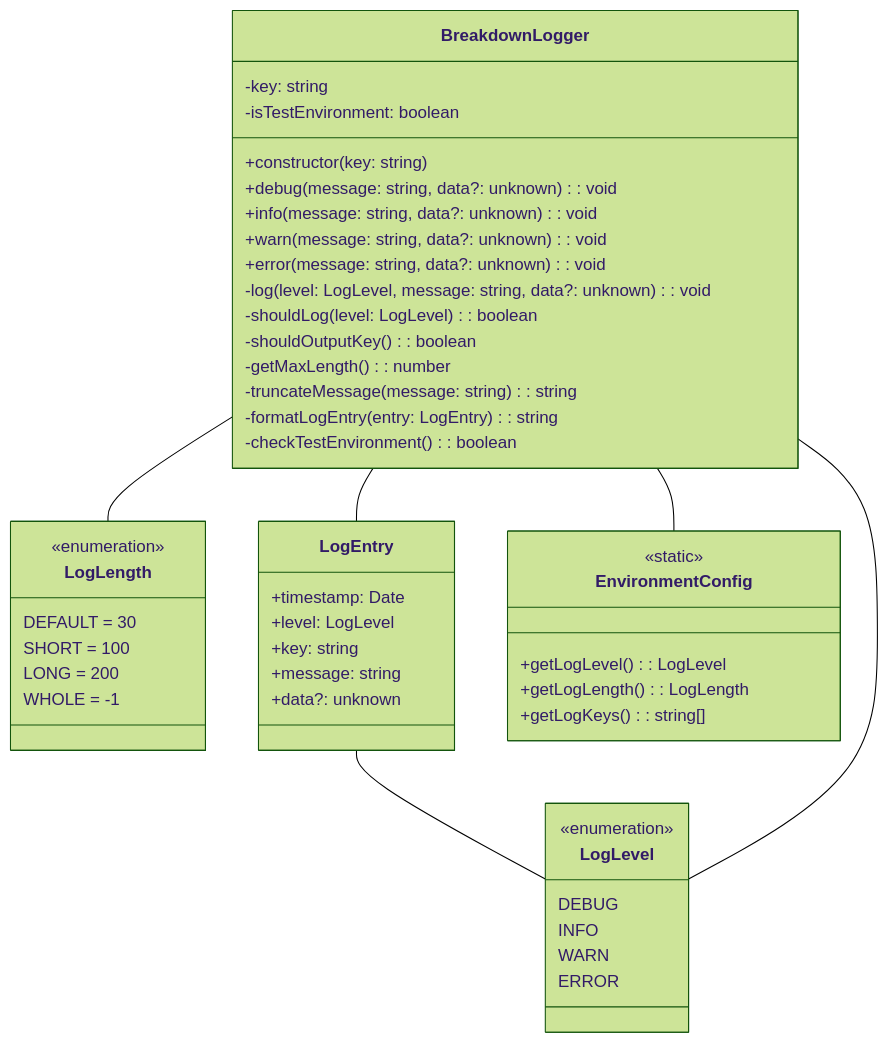
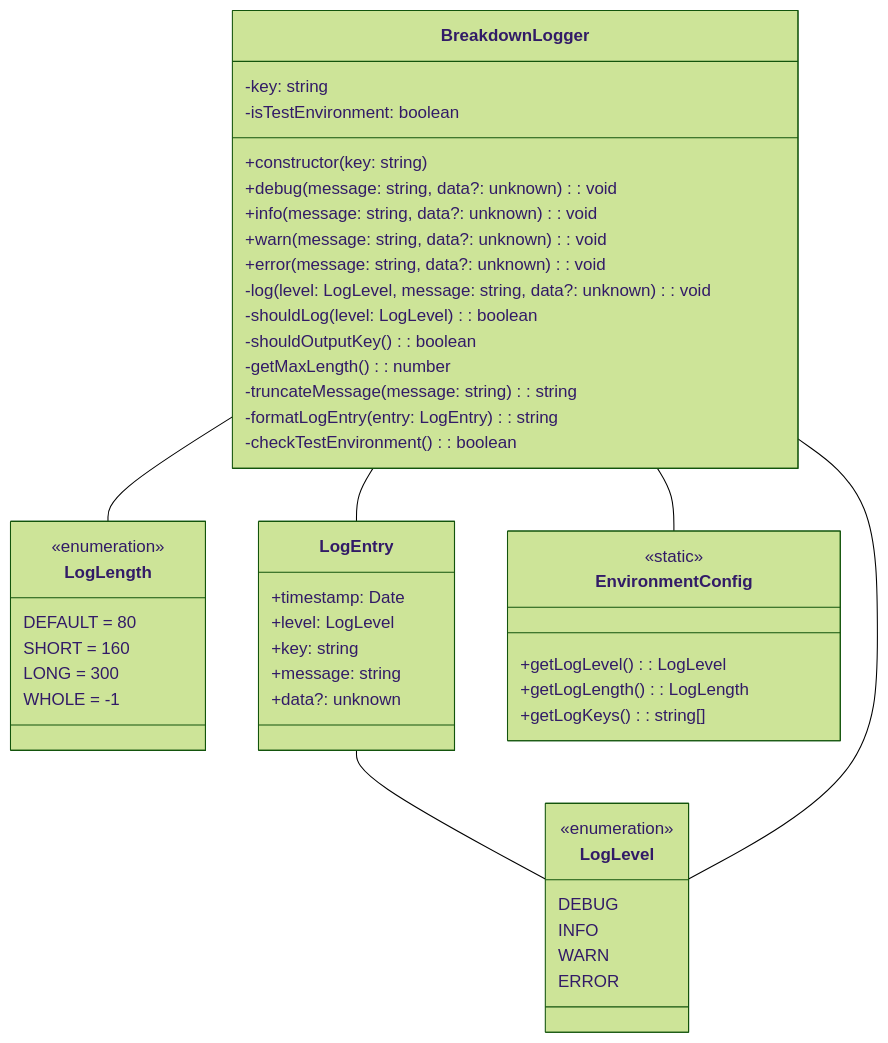
The first of 6 diagrams in docs/development.ja.md (tettuan/breakdownlogger), drawn with Mermaid (forest theme) before and after one commit. The commit also changed other lines of this file and 12 other files, not shown here.

````diff
--- a/docs/development.ja.md
+++ b/docs/development.ja.md
@@ -27,56 +27,56 @@
 ```mermaid
 classDiagram
     class LogLevel {
         <<enumeration>>
         DEBUG
         INFO
         WARN
         ERROR
     }
 
     class LogLength {
         <<enumeration>>
-        DEFAULT = 30
-        SHORT = 100
-        LONG = 200
+        DEFAULT = 80
+        SHORT = 160
+        LONG = 300
         WHOLE = -1
     }
 
     class LogEntry {
         +timestamp: Date
         +level: LogLevel
         +key: string
         +message: string
         +data?: unknown
     }
 
     class BreakdownLogger {
         -key: string
         -isTestEnvironment: boolean
         +constructor(key: string)
         +debug(message: string, data?: unknown): void
         +info(message: string, data?: unknown): void
         +warn(message: string, data?: unknown): void
         +error(message: string, data?: unknown): void
         -log(level: LogLevel, message: string, data?: unknown): void
         -shouldLog(level: LogLevel): boolean
         -shouldOutputKey(): boolean
         -getMaxLength(): number
         -truncateMessage(message: string): string
         -formatLogEntry(entry: LogEntry): string
         -checkTestEnvironment(): boolean
     }
 
     class EnvironmentConfig {
         <<static>>
         +getLogLevel(): LogLevel
         +getLogLength(): LogLength
         +getLogKeys(): string[]
     }
 
     LogEntry -- LogLevel
     BreakdownLogger -- LogLevel
     BreakdownLogger -- LogLength
     BreakdownLogger -- LogEntry
     BreakdownLogger -- EnvironmentConfig
 ```
````
